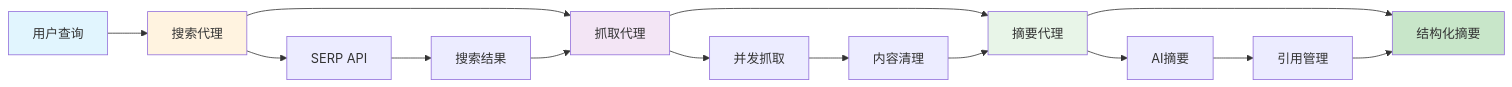
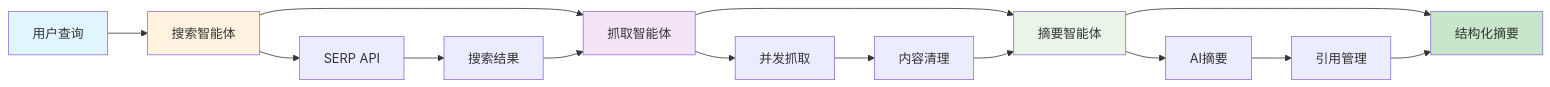
Before and after one commit to justinzm/agentic_workflow_case: the second of 4 diagrams in README.md, drawn with Mermaid. The commit also changed other lines of this file and 13 other files, not shown here.

````diff
--- a/README.md
+++ b/README.md
@@ -124,25 +124,25 @@
 ```mermaid
 graph LR
-    A[用户查询] --> B[搜索代理]
-    B --> C[抓取代理]
-    C --> D[摘要代理]
+    A[用户查询] --> B[搜索智能体]
+    B --> C[抓取智能体]
+    C --> D[摘要智能体]
     D --> E[结构化摘要]
 
     B --> F[SERP API]
     F --> G[搜索结果]
     G --> C
 
     C --> H[并发抓取]
     H --> I[内容清理]
     I --> D
 
     D --> J[AI摘要]
     J --> K[引用管理]
     K --> E
 
     style A fill:#e1f5fe
     style E fill:#c8e6c9
     style B fill:#fff3e0
     style C fill:#f3e5f5
     style D fill:#e8f5e8
 ```
````
